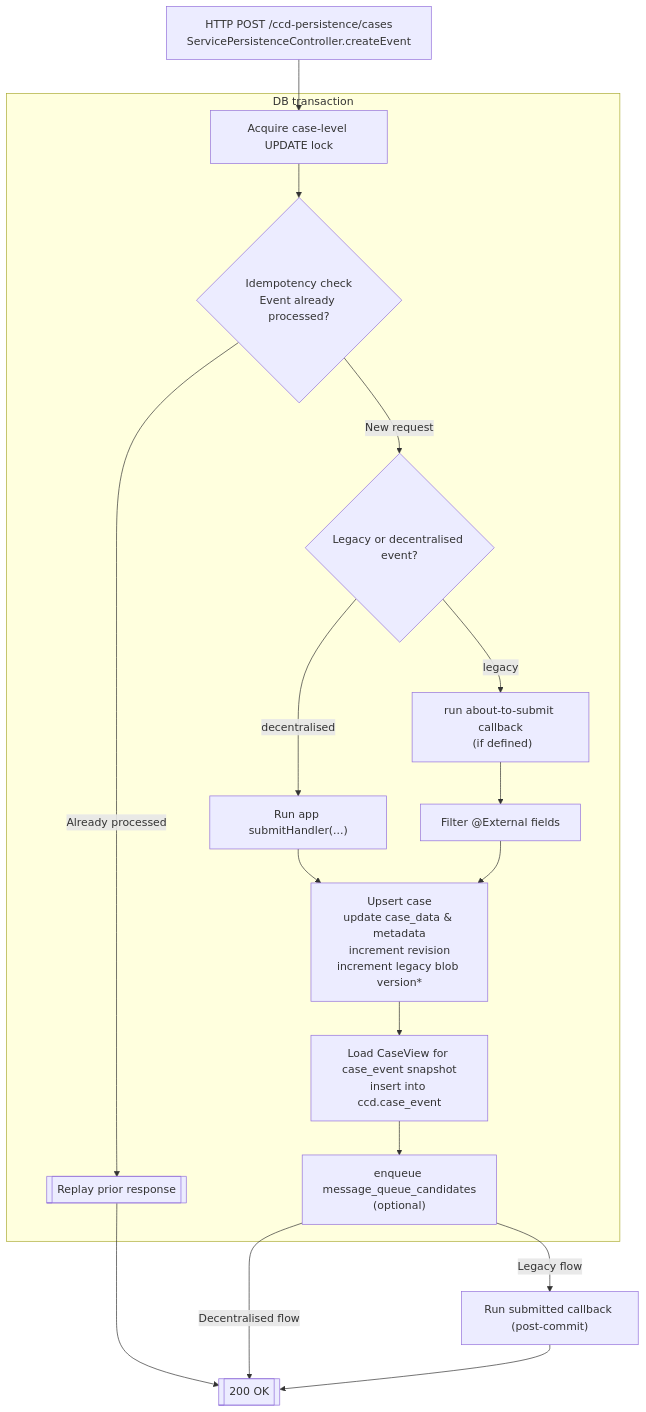
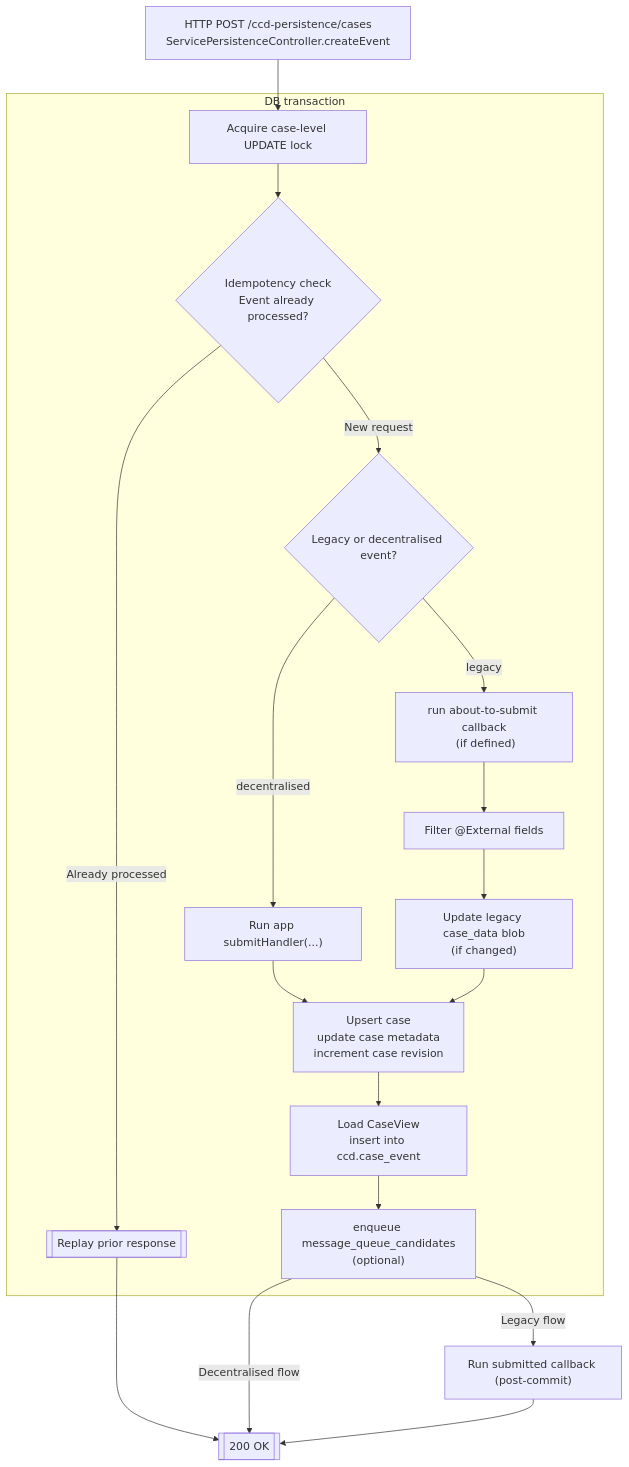
One commit to hmcts/dtsse-ccd-config-generator changed the diagram in docs/g5.md. Above: the diagram before and after it, drawn with Mermaid.

````diff
--- a/docs/g5.md
+++ b/docs/g5.md
@@ -1,38 +1,38 @@
 ```mermaid
 flowchart TB
   A["HTTP POST /ccd-persistence/cases<br/>ServicePersistenceController.createEvent"] --> LOCK["Acquire case-level UPDATE lock"]
 
   subgraph TX [DB transaction]
     LOCK --> LCK{Idempotency check<br/>Event already processed?}
     LCK -->|Already processed| HIT[[Replay prior response]]
     LCK -->|New request| HANDLER{Legacy or decentralised event?}
 
     HANDLER -->|decentralised| NEW["Run app submitHandler(...)"]
     HANDLER -->|legacy| LEG["run about-to-submit callback</br> (if defined)"]
 
     LEG --> SNAP["Filter @External fields"]
+    SNAP --> BLOB["Update legacy case_data blob</br>(if changed)"]
     NEW --> UPS
-    SNAP --> UPS["Upsert case<br/>update case_data & metadata</br>increment revision</br>increment legacy blob version*"]
+    BLOB --> UPS["Upsert case<br/>update case metadata</br>increment case revision"]
 
-%%    APPL --> UPS["CaseDataRepository.upsertCase<br/>persist state/security<br/>(data only if legacy snapshot)"]
-    UPS --> VIEW["Load CaseView for case_event snapshot</br>insert into ccd.case_event"]
+    UPS --> VIEW["Load CaseView</br>insert into ccd.case_event"]
     VIEW --> BUS["enqueue message_queue_candidates</br>(optional)"]
   end
 
   HIT --> HTTP200[[200 OK]]
   BUS -->|Legacy flow| SUBM["Run submitted callback (post-commit)"]
   BUS -->|Decentralised flow| HTTP200
   SUBM --> HTTP200
 
-  click A "https://github.com/hmcts/dtsse-ccd-config-generator/blob/master/sdk/decentralised-runtime/src/main/java/uk/gov/hmcts/ccd/sdk/impl/ServicePersistenceController.java" "ServicePersistenceController.java" _blank
-  click C "https://github.com/hmcts/dtsse-ccd-config-generator/blob/master/sdk/decentralised-runtime/src/main/java/uk/gov/hmcts/ccd/sdk/impl/CaseSubmissionService.java" "CaseSubmissionService.java" _blank
-  click LOCK "https://github.com/hmcts/dtsse-ccd-config-generator/blob/master/sdk/decentralised-runtime/src/main/java/uk/gov/hmcts/ccd/sdk/impl/IdempotencyEnforcer.java" "IdempotencyEnforcer.java" _blank
-  click LCK "https://github.com/hmcts/dtsse-ccd-config-generator/blob/master/sdk/decentralised-runtime/src/main/java/uk/gov/hmcts/ccd/sdk/impl/IdempotencyEnforcer.java" "IdempotencyEnforcer.java" _blank
-  click NEW "https://github.com/hmcts/dtsse-ccd-config-generator/blob/master/sdk/decentralised-runtime/src/main/java/uk/gov/hmcts/ccd/sdk/impl/DecentralisedSubmissionHandler.java" "DecentralisedSubmissionHandler.java" _blank
-  click LEG "https://github.com/hmcts/dtsse-ccd-config-generator/blob/master/sdk/decentralised-runtime/src/main/java/uk/gov/hmcts/ccd/sdk/impl/LegacyCallbackSubmissionHandler.java" "LegacyCallbackSubmissionHandler.java" _blank
-  click SNAP "https://github.com/hmcts/dtsse-ccd-config-generator/blob/master/sdk/decentralised-runtime/src/main/java/uk/gov/hmcts/ccd/sdk/impl/FilterExternalFieldsInspector.java" "FilterExternalFieldsInspector.java" _blank
-  click UPS "https://github.com/hmcts/dtsse-ccd-config-generator/blob/master/sdk/decentralised-runtime/src/main/java/uk/gov/hmcts/ccd/sdk/impl/CaseDataRepository.java" "CaseDataRepository.java" _blank
-  click VIEW "https://github.com/hmcts/dtsse-ccd-config-generator/blob/master/sdk/decentralised-runtime/src/main/java/uk/gov/hmcts/ccd/sdk/impl/CaseProjectionService.java" "CaseProjectionService.java" _blank
-  click AUD "https://github.com/hmcts/dtsse-ccd-config-generator/blob/master/sdk/decentralised-runtime/src/main/java/uk/gov/hmcts/ccd/sdk/impl/AuditEventService.java" "AuditEventService.java" _blank
-  click BUS "https://github.com/hmcts/dtsse-ccd-config-generator/blob/master/sdk/decentralised-runtime/src/main/java/uk/gov/hmcts/ccd/sdk/impl/MessagePublisher.java" "MessagePublisher.java" _blank
+  click A "https://github.com/hmcts/dtsse-ccd-config-generator/blob/master/sdk/decentralised-runtime/src/main/java/uk/gov/hmcts/ccd/sdk/impl/ServicePersistenceController.java#L58" "ServicePersistenceController.java" _blank
+  click C "https://github.com/hmcts/dtsse-ccd-config-generator/blob/master/sdk/decentralised-runtime/src/main/java/uk/gov/hmcts/ccd/sdk/impl/CaseSubmissionService.java#L36" "CaseSubmissionService.java" _blank
+  click LOCK "https://github.com/hmcts/dtsse-ccd-config-generator/blob/master/sdk/decentralised-runtime/src/main/java/uk/gov/hmcts/ccd/sdk/impl/IdempotencyEnforcer.java#L31" "Acquire lock" _blank
+  click LCK "https://github.com/hmcts/dtsse-ccd-config-generator/blob/master/sdk/decentralised-runtime/src/main/java/uk/gov/hmcts/ccd/sdk/impl/IdempotencyEnforcer.java#L22" "IdempotencyEnforcer.lockCaseAndGetExistingEvent" _blank
+  click NEW "https://github.com/hmcts/dtsse-ccd-config-generator/blob/master/sdk/decentralised-runtime/src/main/java/uk/gov/hmcts/ccd/sdk/impl/DecentralisedSubmissionHandler.java#L27" "DecentralisedSubmissionHandler.apply" _blank
+  click LEG "https://github.com/hmcts/dtsse-ccd-config-generator/blob/master/sdk/decentralised-runtime/src/main/java/uk/gov/hmcts/ccd/sdk/impl/LegacyCallbackSubmissionHandler.java#L51" "LegacyCallbackSubmissionHandler.apply" _blank
+  click SNAP "https://github.com/hmcts/dtsse-ccd-config-generator/blob/master/sdk/decentralised-runtime/src/main/java/uk/gov/hmcts/ccd/sdk/impl/LegacyCallbackSubmissionHandler.java#L195" "snapshotWithFilteredFields" _blank
+  click UPS "https://github.com/hmcts/dtsse-ccd-config-generator/blob/master/sdk/decentralised-runtime/src/main/java/uk/gov/hmcts/ccd/sdk/impl/CaseDataRepository.java#L105" "CaseDataRepository.upsertCase" _blank
+  click VIEW "https://github.com/hmcts/dtsse-ccd-config-generator/blob/master/sdk/decentralised-runtime/src/main/java/uk/gov/hmcts/ccd/sdk/impl/CaseProjectionService.java#L52" "CaseProjectionService.load" _blank
+  click AUD "https://github.com/hmcts/dtsse-ccd-config-generator/blob/master/sdk/decentralised-runtime/src/main/java/uk/gov/hmcts/ccd/sdk/impl/AuditEventService.java#L67" "AuditEventService.saveAuditRecord" _blank
+  click BUS "https://github.com/hmcts/dtsse-ccd-config-generator/blob/master/sdk/decentralised-runtime/src/main/java/uk/gov/hmcts/ccd/sdk/impl/MessagePublisher.java#L79" "MessagePublisher.publishEvent" _blank
 ```
````
